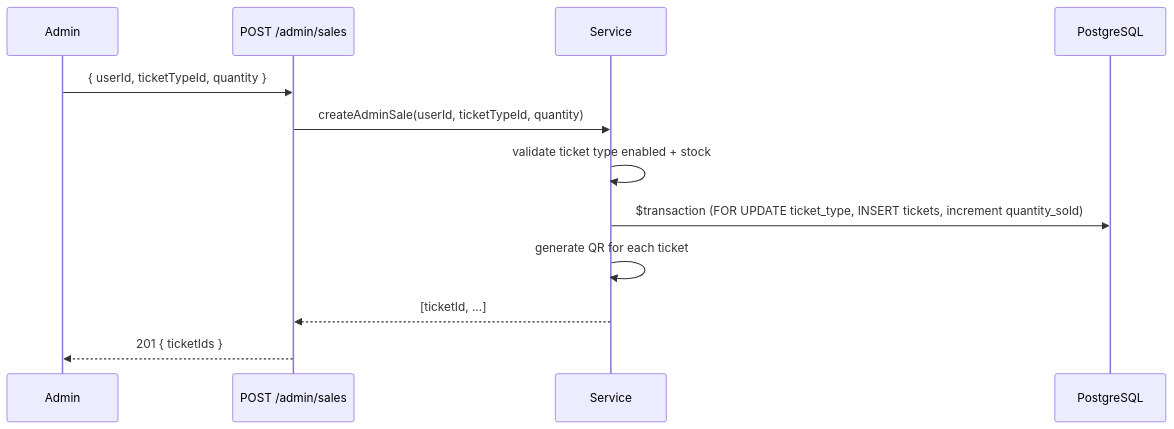
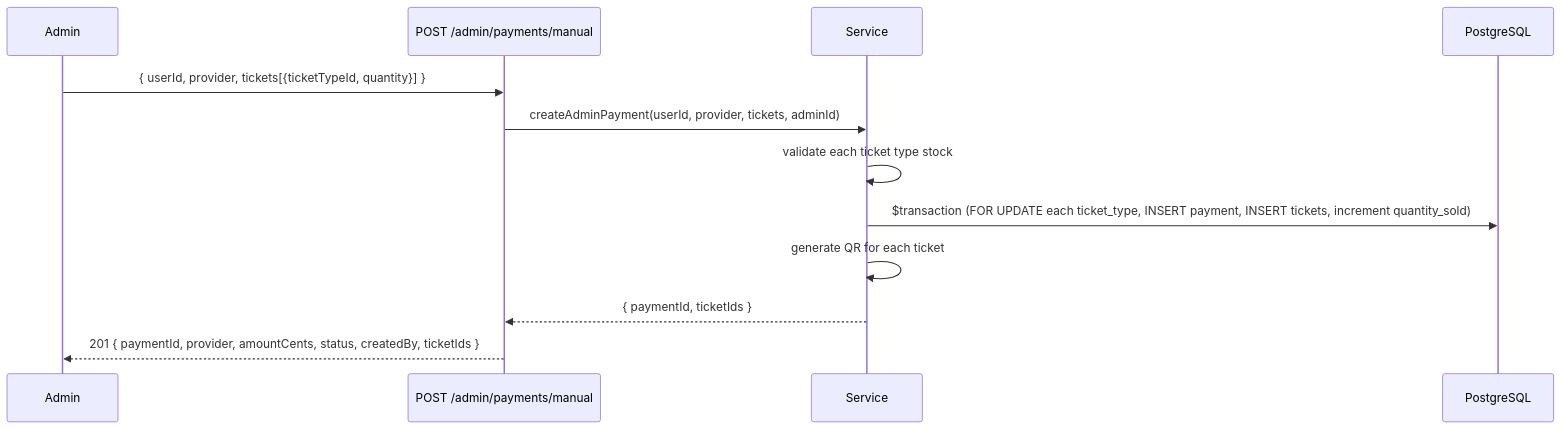
Before and after one commit to User281167/venta-de-tickets: the fourth of 4 diagrams in backend/src/modules/payments/README.md, drawn with Mermaid. The commit also changed other lines of this file and 15 other files, not shown here.

Commit message:
feat: remover /sales solo permitia agregar un pago, agregar /payments/manual trazabilidad de quien hizo la venta, multiples tipos y cantidad de de entradas al usuario venta manual o regalo

````diff
--- a/backend/src/modules/payments/README.md
+++ b/backend/src/modules/payments/README.md
@@ -100,15 +100,15 @@
 ```mermaid
 sequenceDiagram
     participant A as Admin
-    participant API as POST /admin/sales
+    participant API as POST /admin/payments/manual
     participant S as Service
     participant DB as PostgreSQL
 
-    A->>API: { userId, ticketTypeId, quantity }
-    API->>S: createAdminSale(userId, ticketTypeId, quantity)
-    S->>S: validate ticket type enabled + stock
-    S->>DB: $transaction (FOR UPDATE ticket_type, INSERT tickets, increment quantity_sold)
+    A->>API: { userId, provider, tickets[{ticketTypeId, quantity}] }
+    API->>S: createAdminPayment(userId, provider, tickets, adminId)
+    S->>S: validate each ticket type stock
+    S->>DB: $transaction (FOR UPDATE each ticket_type, INSERT payment, INSERT tickets, increment quantity_sold)
     S->>S: generate QR for each ticket
-    S-->>API: [ticketId, ...]
-    API-->>A: 201 { ticketIds }
+    S-->>API: { paymentId, ticketIds }
+    API-->>A: 201 { paymentId, provider, amountCents, status, createdBy, ticketIds }
 ```
````
